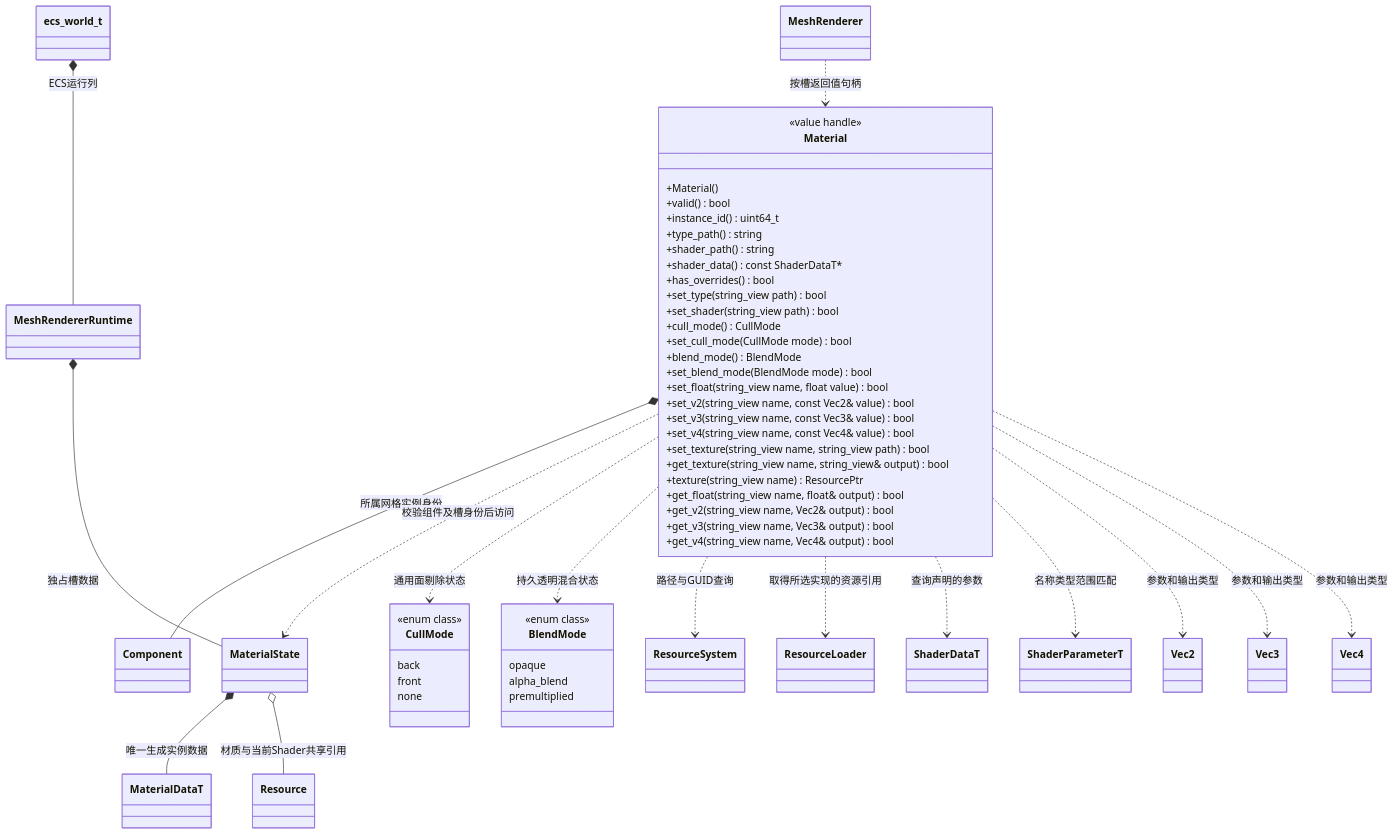
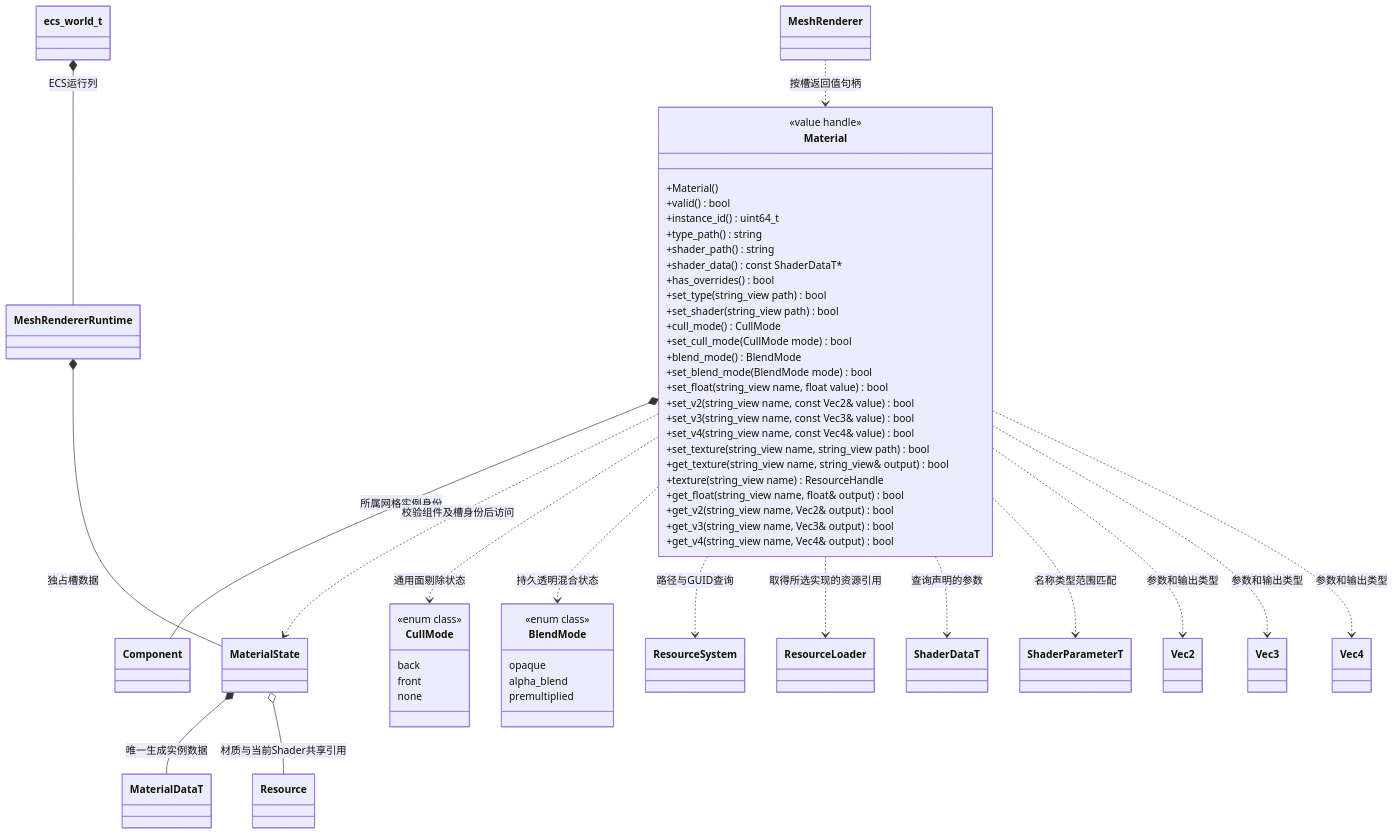
One commit to lcals/Engine changed the diagram in docs/runtime/class-diagrams/material.md. Above: the diagram before and after it, drawn with Mermaid. The commit also changed other lines of this file and 391 other files, not shown here.

````diff
--- a/docs/runtime/class-diagrams/material.md
+++ b/docs/runtime/class-diagrams/material.md
@@ -5,72 +5,72 @@
 ```mermaid
 classDiagram
     class Material {
         <<value handle>>
         +Material()
         +valid() bool
         +instance_id() uint64_t
         +type_path() string
         +shader_path() string
         +shader_data() const ShaderDataT#42;
         +has_overrides() bool
         +set_type(string_view path) bool
         +set_shader(string_view path) bool
         +cull_mode() CullMode
         +set_cull_mode(CullMode mode) bool
         +blend_mode() BlendMode
         +set_blend_mode(BlendMode mode) bool
         +set_float(string_view name, float value) bool
         +set_v2(string_view name, const Vec2& value) bool
         +set_v3(string_view name, const Vec3& value) bool
         +set_v4(string_view name, const Vec4& value) bool
         +set_texture(string_view name, string_view path) bool
         +get_texture(string_view name, string_view& output) bool
-        +texture(string_view name) ResourcePtr
+        +texture(string_view name) ResourceHandle
         +get_float(string_view name, float& output) bool
         +get_v2(string_view name, Vec2& output) bool
         +get_v3(string_view name, Vec3& output) bool
         +get_v4(string_view name, Vec4& output) bool
     }
     class MeshRenderer
     class Component
     class MaterialState
     class MeshRendererRuntime
     class ecs_world_t
     class ResourceSystem
     class ResourceLoader
     class Resource
     class MaterialDataT
     class CullMode {
         <<enum class>>
         back
         front
         none
     }
     class BlendMode {
         <<enum class>>
         opaque
         alpha_blend
         premultiplied
     }
     class ShaderDataT
     class ShaderParameterT
     class Vec2
     class Vec3
     class Vec4
     MeshRenderer ..> Material : 按槽返回值句柄
     Material *-- Component : 所属网格实例身份
     Material ..> MaterialState : 校验组件及槽身份后访问
     ecs_world_t *-- MeshRendererRuntime : ECS运行列
     MeshRendererRuntime *-- MaterialState : 独占槽数据
     MaterialState *-- MaterialDataT : 唯一生成实例数据
     Material ..> CullMode : 通用面剔除状态
     Material ..> BlendMode : 持久透明混合状态
     Material ..> ResourceSystem : 路径与GUID查询
     Material ..> ResourceLoader : 取得所选实现的资源引用
     MaterialState o-- Resource : 材质与当前Shader共享引用
     Material ..> ShaderDataT : 查询声明的参数
     Material ..> ShaderParameterT : 名称类型范围匹配
     Material ..> Vec2 : 参数和输出类型
     Material ..> Vec3 : 参数和输出类型
     Material ..> Vec4 : 参数和输出类型
 ```
````
